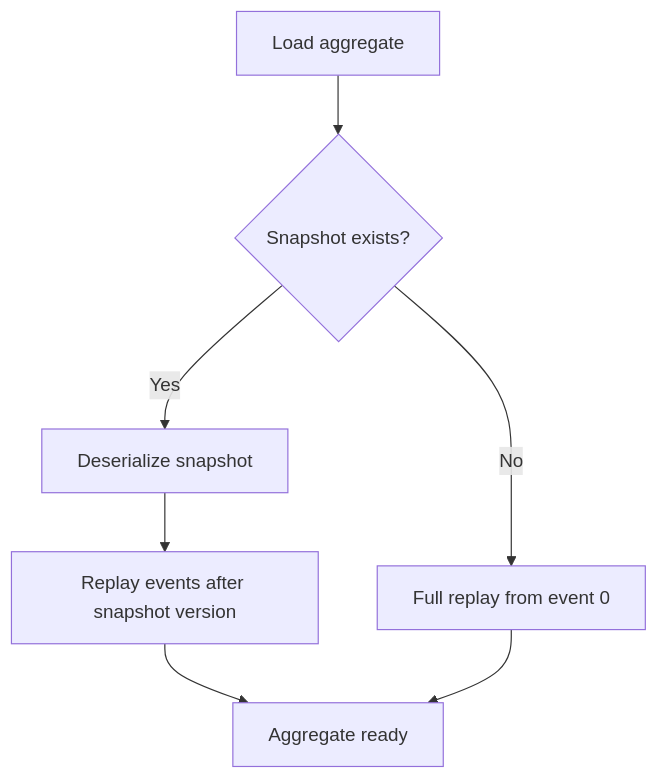
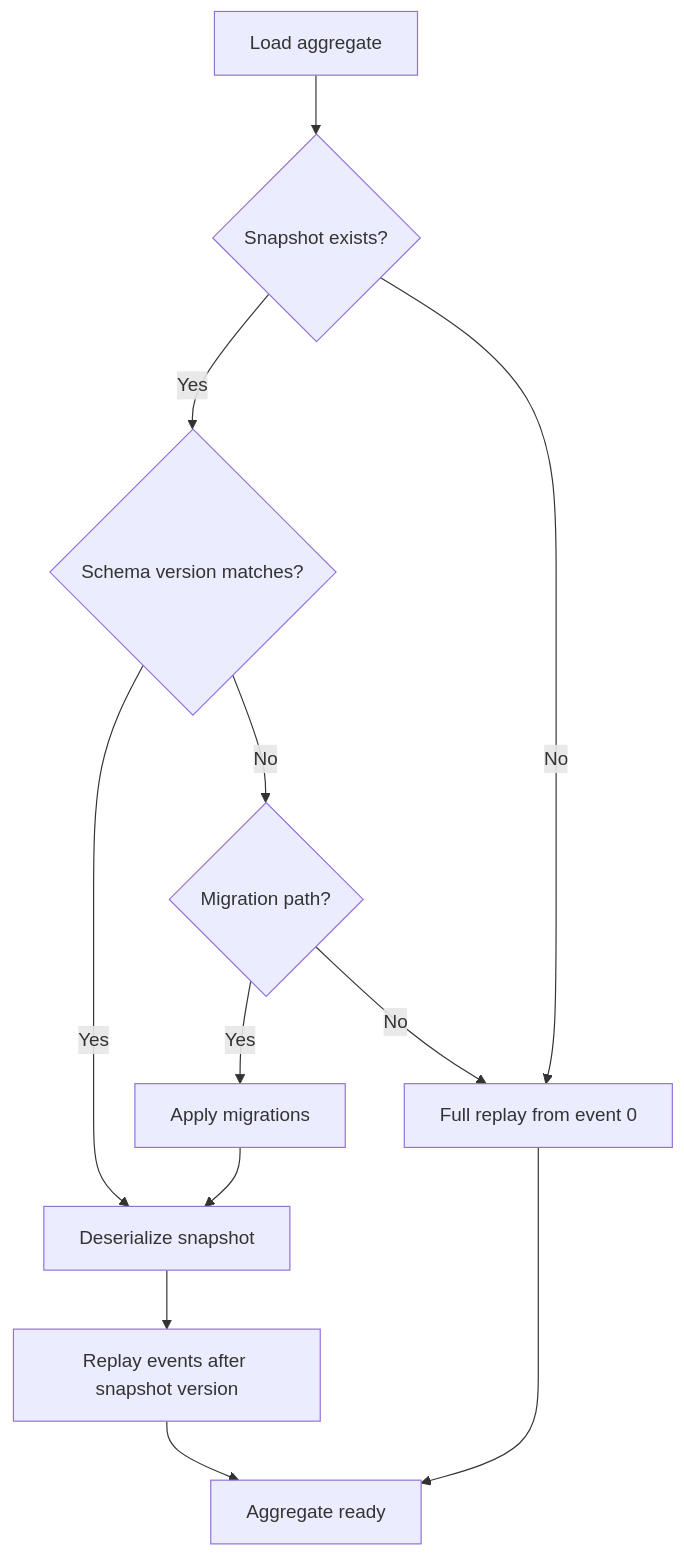
One commit to waku-py/waku changed the first of 2 diagrams in docs/features/eventsourcing/snapshots.md. Above: the diagram before and after it, drawn with Mermaid. The commit also changed other lines of this file and 11 other files, not shown here.

Commit message:
docs(es): reflect idempotency and schema versioning

````diff
--- a/docs/features/eventsourcing/snapshots.md
+++ b/docs/features/eventsourcing/snapshots.md
@@ -63,9 +65,13 @@
 ```mermaid
 graph TD
     L[Load aggregate] --> CS{Snapshot exists?}
-    CS -->|Yes| DS[Deserialize snapshot]
+    CS -->|Yes| SV{Schema version matches?}
+    SV -->|Yes| DS[Deserialize snapshot]
+    SV -->|No| MG{Migration path?}
+    MG -->|Yes| AP[Apply migrations] --> DS
+    MG -->|No| FR
     DS --> RE[Replay events after snapshot version]
     RE --> A[Aggregate ready]
     CS -->|No| FR[Full replay from event 0]
     FR --> A
 ```
````
